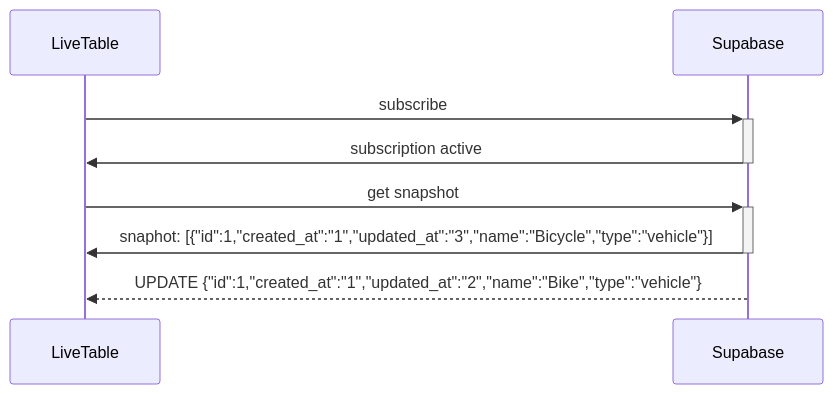
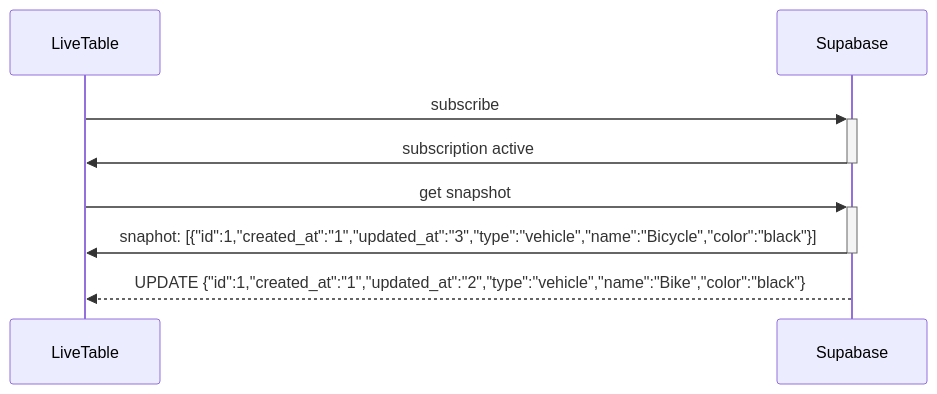
Before and after one commit to openartmarket/supabase-live-table: the diagram in docs/sequence-diagrams/skips-updates-that-predate-the-snapshot-and-arrive-after.md, drawn with Mermaid. The commit also changed other lines of this file and 10 other files, not shown here.

````diff
--- a/docs/sequence-diagrams/skips-updates-that-predate-the-snapshot-and-arrive-after.md
+++ b/docs/sequence-diagrams/skips-updates-that-predate-the-snapshot-and-arrive-after.md
@@ -3,8 +3,8 @@
 ```mermaid
 sequenceDiagram
   LiveTable->>+Supabase: subscribe
   Supabase->>-LiveTable: subscription active
   LiveTable->>+Supabase: get snapshot
-  Supabase->>-LiveTable: snaphot: [{"id":1,"created_at":"1","updated_at":"3","name":"Bicycle","type":"vehicle"}]
-  Supabase-->>LiveTable: UPDATE {"id":1,"created_at":"1","updated_at":"2","name":"Bike","type":"vehicle"}
+  Supabase->>-LiveTable: snaphot: [{"id":1,"created_at":"1","updated_at":"3","type":"vehicle","name":"Bicycle","color":"black"}]
+  Supabase-->>LiveTable: UPDATE {"id":1,"created_at":"1","updated_at":"2","type":"vehicle","name":"Bike","color":"black"}
 ```
````
